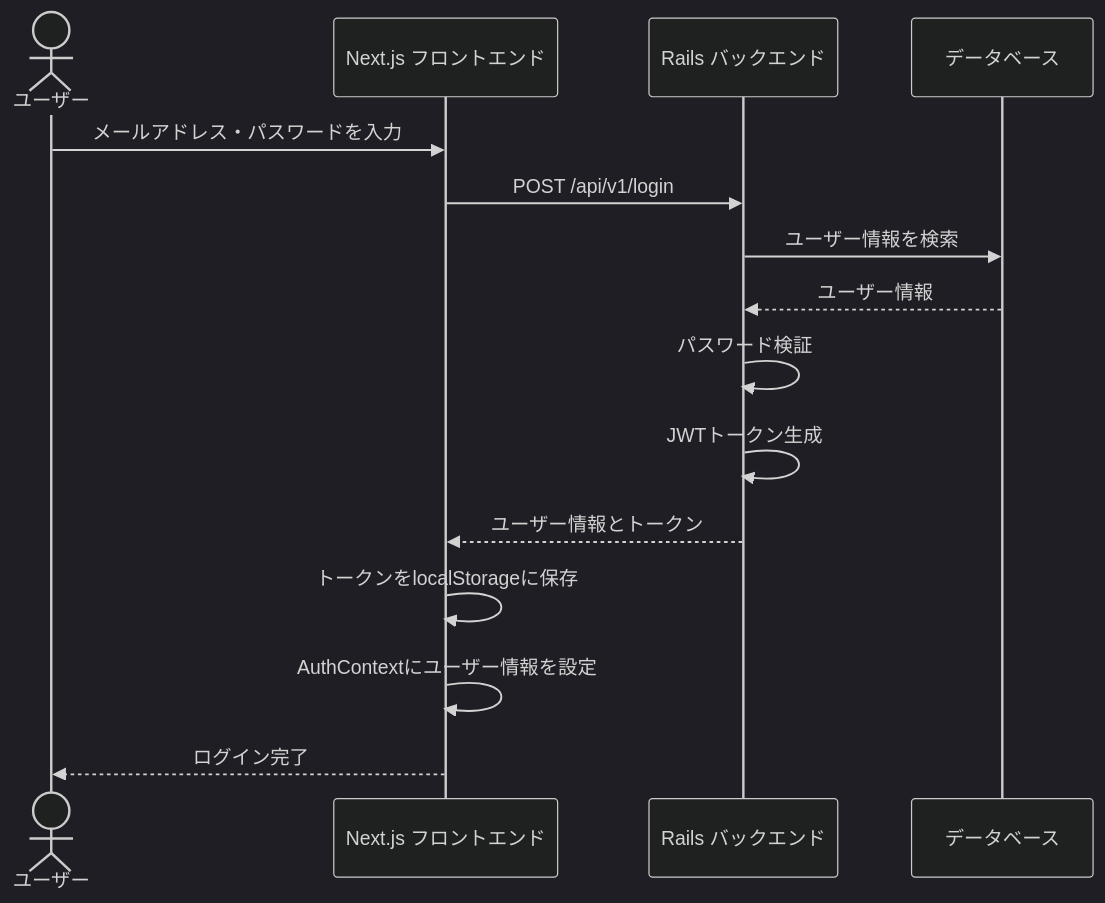
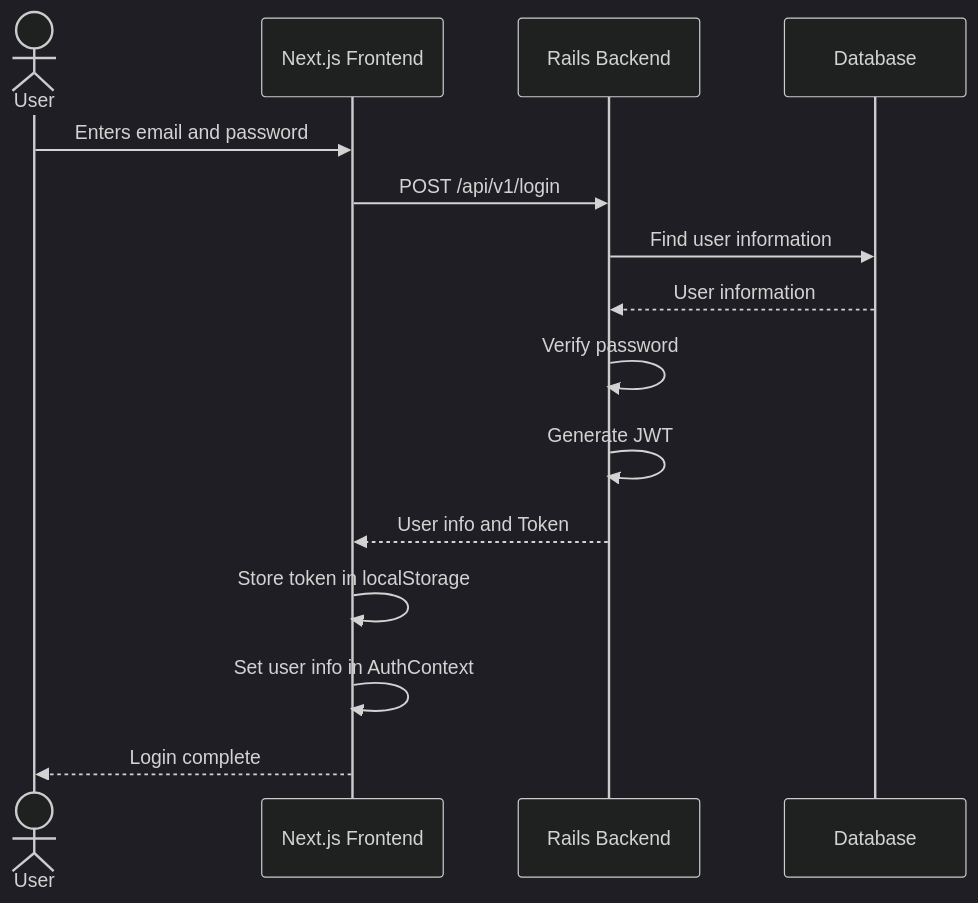
One commit to tomooshima0828/portfolio-next-rails-ecsite changed the second of 4 diagrams in docs/references/002_authentication_flow.md. Above: the diagram before and after it, drawn with Mermaid (dark theme). The commit also changed other lines of this file, not shown here.

Commit message:
fix: Update login authenticate flow document

````diff
--- a/docs/references/002_authentication_flow.md
+++ b/docs/references/002_authentication_flow.md
@@ -35,18 +37,18 @@
 ```mermaid
 sequenceDiagram
-    actor ユーザー
-    participant フロントエンド as Next.js フロントエンド
-    participant バックエンド as Rails バックエンド
-    participant DB as データベース
-    
-    ユーザー->>フロントエンド: メールアドレス・パスワードを入力
-    フロントエンド->>バックエンド: POST /api/v1/login
-    バックエンド->>DB: ユーザー情報を検索
-    DB-->>バックエンド: ユーザー情報
-    バックエンド->>バックエンド: パスワード検証
-    バックエンド->>バックエンド: JWTトークン生成
-    バックエンド-->>フロントエンド: ユーザー情報とトークン
-    フロントエンド->>フロントエンド: トークンをlocalStorageに保存
-    フロントエンド->>フロントエンド: AuthContextにユーザー情報を設定
-    フロントエンド-->>ユーザー: ログイン完了
+    actor User
+    participant Frontend as Next.js Frontend
+    participant Backend as Rails Backend
+    participant DB as Database
+
+    User->>Frontend: Enters email and password
+    Frontend->>Backend: POST /api/v1/login
+    Backend->>DB: Find user information
+    DB-->>Backend: User information
+    Backend->>Backend: Verify password
+    Backend->>Backend: Generate JWT
+    Backend-->>Frontend: User info and Token
+    Frontend->>Frontend: Store token in localStorage
+    Frontend->>Frontend: Set user info in AuthContext
+    Frontend-->>User: Login complete
 ```
````
